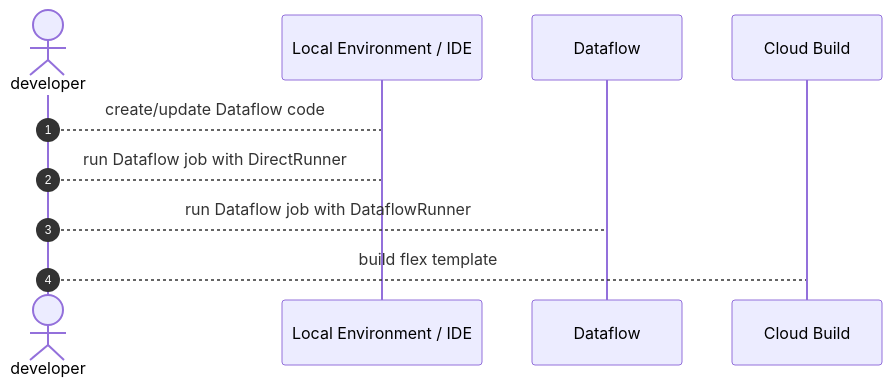
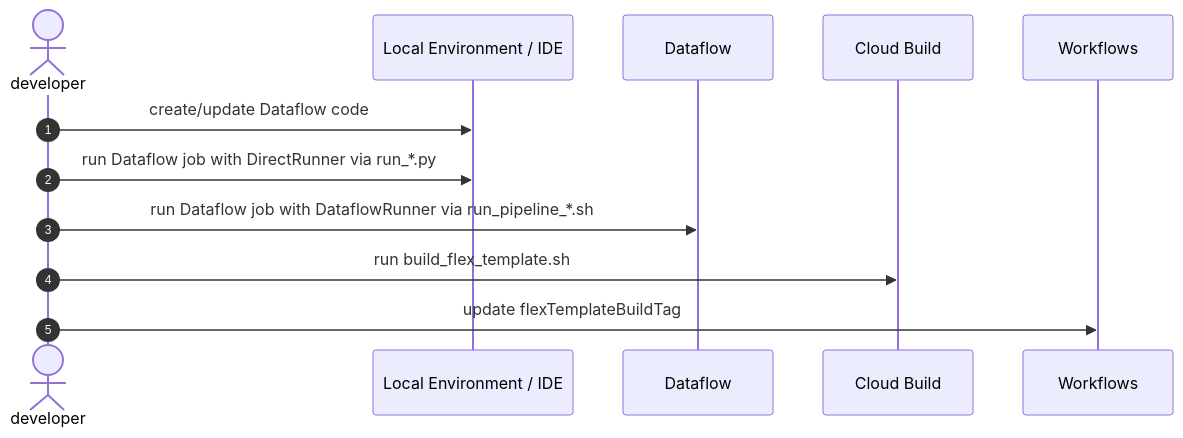
Before and after one commit to HTTPArchive/data-pipeline: the second of 3 diagrams in README.md, drawn with Mermaid. The commit also changed other lines of this file, not shown here.

````diff
--- a/README.md
+++ b/README.md
@@ -72,13 +76,15 @@
 ```mermaid
 sequenceDiagram
     autonumber
     actor developer
     participant Local as Local Environment / IDE
     participant Dataflow
     participant Cloud Build
+    participant Workflows
 
-    developer-->Local: create/update Dataflow code
-    developer-->Local: run Dataflow job with DirectRunner
-    developer-->Dataflow: run Dataflow job with DataflowRunner
-    developer-->Cloud Build: build flex template
+    developer->>Local: create/update Dataflow code
+    developer->>Local: run Dataflow job with DirectRunner via run_*.py
+    developer->>Dataflow: run Dataflow job with DataflowRunner via run_pipeline_*.sh
+    developer->>Cloud Build: run build_flex_template.sh
+    developer->>Workflows: update flexTemplateBuildTag
 ```
````
